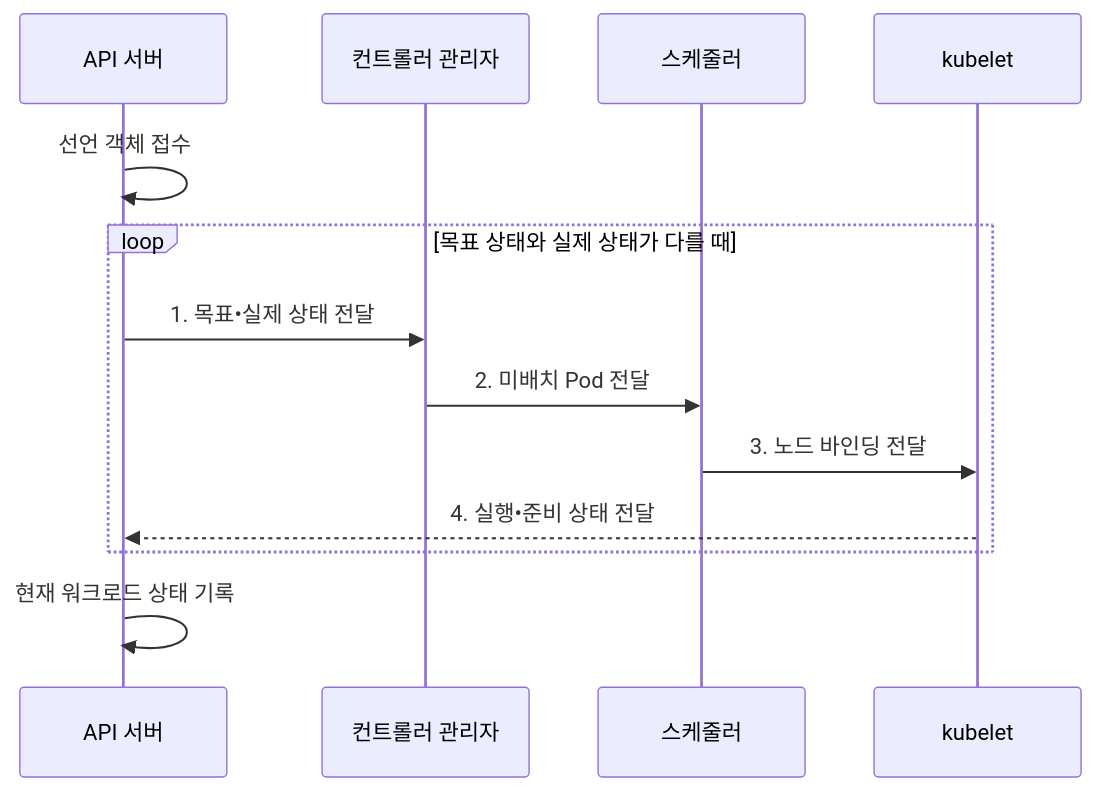
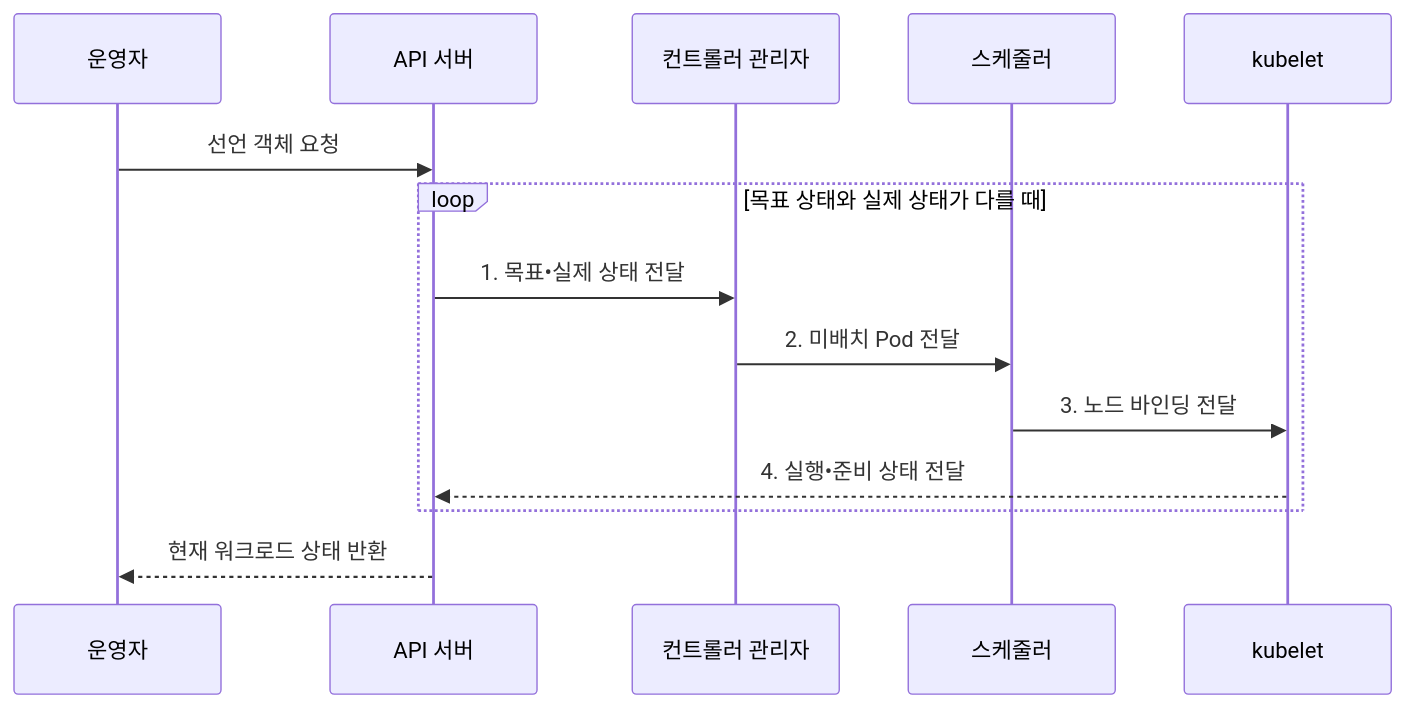
One commit to agnusdei1207/knowledge-base changed the second of 2 diagrams in src/content/docs/notes/08-latest-tech/158_kubernetes.md. Above: the diagram before and after it, drawn with Mermaid. The commit also changed other lines of this file and 20 other files, not shown here.

````diff
--- a/src/content/docs/notes/08-latest-tech/158_kubernetes.md
+++ b/src/content/docs/notes/08-latest-tech/158_kubernetes.md
@@ -107,15 +106,16 @@
 ```mermaid
 sequenceDiagram
+    participant U as 운영자
     participant A as API 서버
     participant C as 컨트롤러 관리자
     participant S as 스케줄러
     participant K as kubelet
-    A->>A: 선언 객체 접수
+    U->>A: 선언 객체 요청
     loop 목표 상태와 실제 상태가 다를 때
         A->>C: 1. 목표•실제 상태 전달
         C->>S: 2. 미배치 Pod 전달
         S->>K: 3. 노드 바인딩 전달
         K-->>A: 4. 실행•준비 상태 전달
     end
-    A->>A: 현재 워크로드 상태 기록
+    A-->>U: 현재 워크로드 상태 반환
 ```
````
